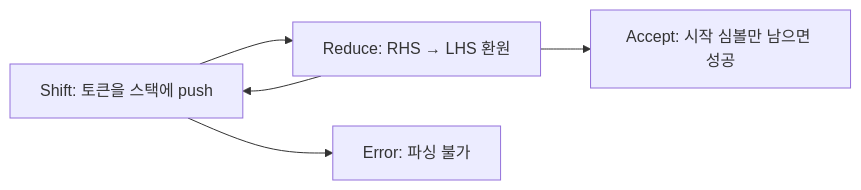
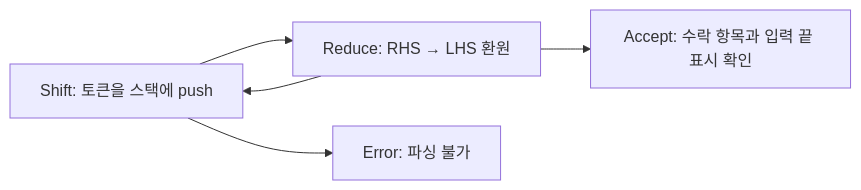
One commit to choisimo/document changed the second of 9 diagrams in content/archive/legacy/compiler/bottom-up-parsing/conceptual.md. Above: the diagram before and after it, drawn with Mermaid. The commit also changed other lines of this file and 504 other files, not shown here.

````diff
--- a/content/archive/legacy/compiler/bottom-up-parsing/conceptual.md
+++ b/content/archive/legacy/compiler/bottom-up-parsing/conceptual.md
@@ -22,16 +24,16 @@
 ```mermaid
 flowchart LR
   SHIFT[Shift: 토큰을 스택에 push]
   REDUCE[Reduce: RHS → LHS 환원]
-  ACCEPT[Accept: 시작 심볼만 남으면 성공]
+  ACCEPT[Accept: 수락 항목과 입력 끝 표시 확인]
   ERROR[Error: 파싱 불가]
 
   SHIFT --> REDUCE
   REDUCE --> SHIFT
   REDUCE --> ACCEPT
   SHIFT --> ERROR
   classDef shift fill:#9f9,stroke:#393
   classDef reduce fill:#ffeb99,stroke:#c90
   classDef accept fill:#cfc,stroke:#393
   classDef error fill:#f99,stroke:#900
 ```
````
